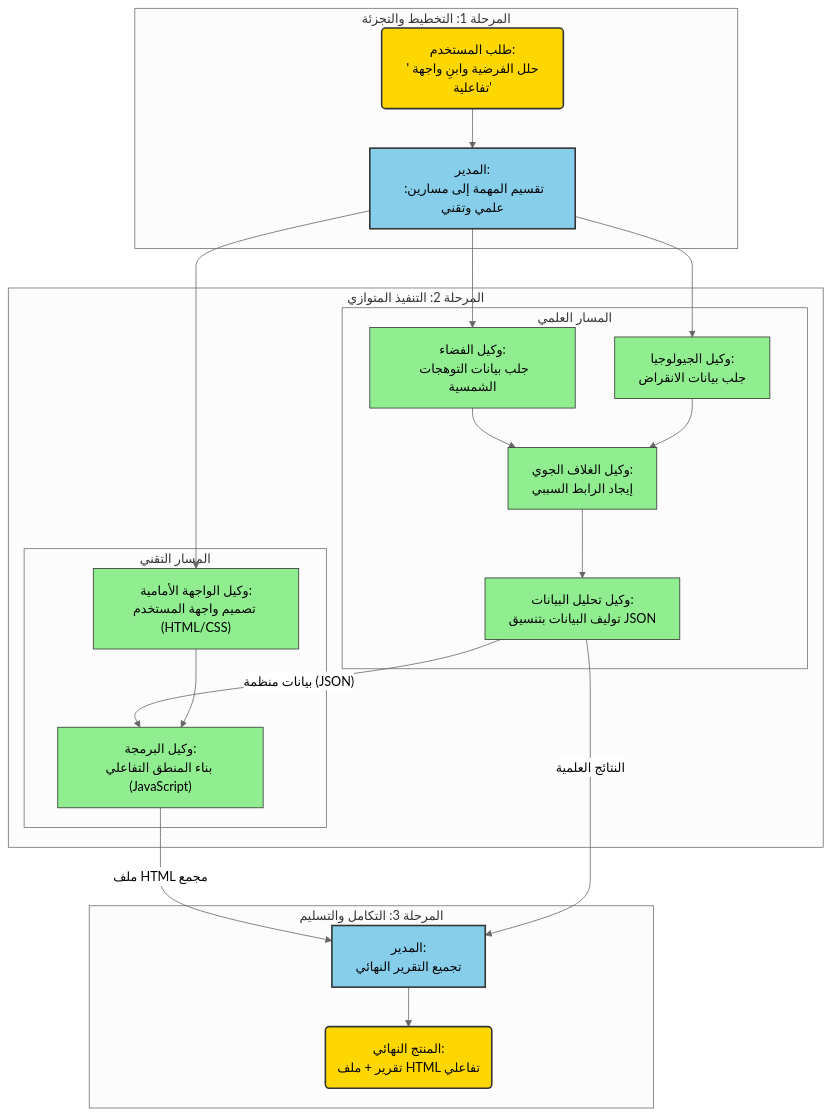
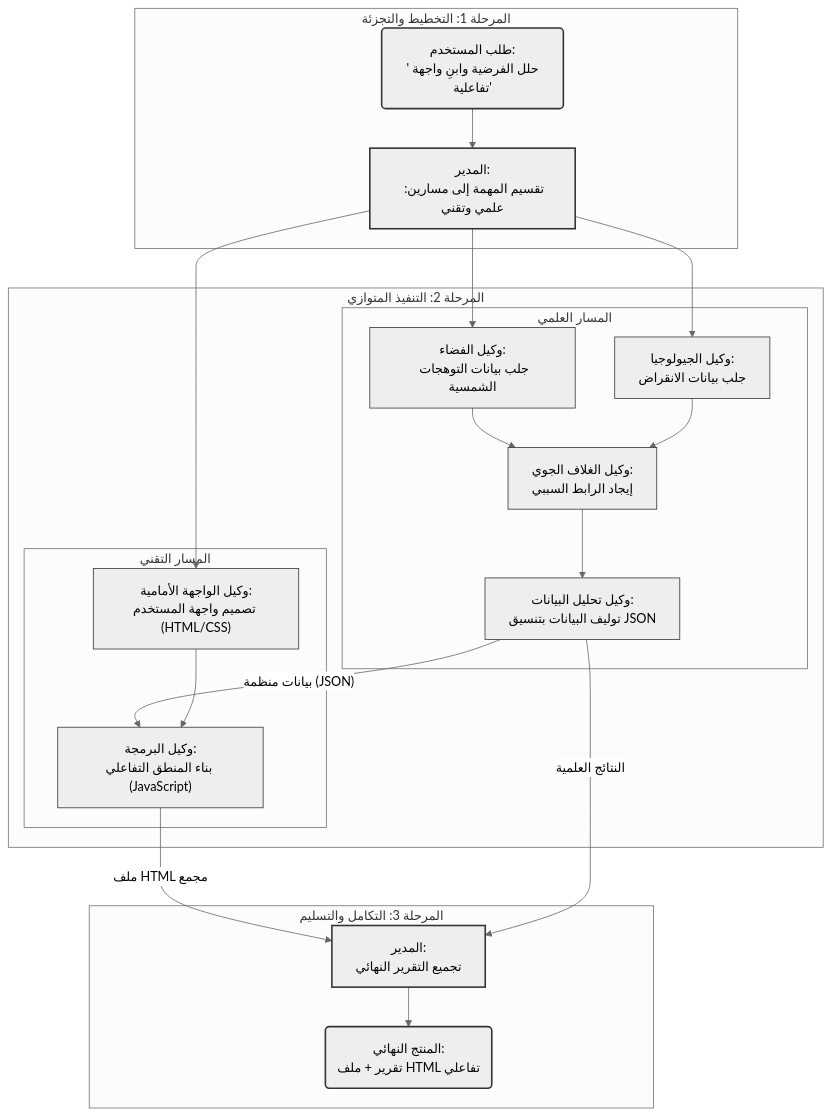
The fourth of 4 diagrams in MANUSCRIPT-AR.md (halmousama/OAC), drawn with Mermaid (neutral theme) before and after one commit. The commit also changed other lines of this file and 5 other files, not shown here.

Commit message:
Enhance the diagrams colors.

````diff
--- a/MANUSCRIPT-AR.md
+++ b/MANUSCRIPT-AR.md
@@ -326,48 +326,48 @@
 ```mermaid
 graph TD
     subgraph "المرحلة 1: التخطيط والتجزئة"
         Start("طلب المستخدم:<br/>'حلل الفرضية وابنِ واجهة تفاعلية'")
         M1["المدير:<br/>تقسيم المهمة إلى مسارين: علمي وتقني"]
     end
 
     subgraph "المرحلة 2: التنفيذ المتوازي"
         subgraph "المسار العلمي"
             SA1["وكيل الفضاء:<br/>جلب بيانات التوهجات الشمسية"]
             SA2["وكيل الجيولوجيا:<br/>جلب بيانات الانقراض"]
             SA3["وكيل الغلاف الجوي:<br/>إيجاد الرابط السببي"]
             SA4["وكيل تحليل البيانات:<br/>توليف البيانات بتنسيق JSON"]
         end
         subgraph "المسار التقني"
             TA1["وكيل الواجهة الأمامية:<br/>تصميم واجهة المستخدم (HTML/CSS)"]
             TA2["وكيل البرمجة:<br/>بناء المنطق التفاعلي (JavaScript)"]
         end
     end
 
     subgraph "المرحلة 3: التكامل والتسليم"
         M2["المدير:<br/>تجميع التقرير النهائي"]
         End("المنتج النهائي:<br/>تقرير + ملف HTML تفاعلي")
     end
 
     Start --> M1
     M1 --> SA1 & SA2
     SA1 & SA2 --> SA3
     SA3 --> SA4
     M1 --> TA1
     
     %% رابط التبعية: المسار التقني ينتظر البيانات من المسار العلمي
     SA4 -- "بيانات منظمة (JSON)" --> TA2
     
     TA1 --> TA2
     TA2 -- "ملف HTML مجمع" --> M2
     SA4 -- "النتائج العلمية" --> M2
     M2 --> End
 
-    classDef phase fill:#FFFACD,stroke:#333,stroke-width:2px;
-    classDef manager fill:#87CEEB,stroke:#333,stroke-width:2px;
-    classDef agent fill:#90EE90,stroke:#333,stroke-width:1px;
-    classDef final fill:#FFD700,stroke:#333,stroke-width:2px;
+    classDef phase stroke:#333,stroke-width:2px;
+    classDef manager stroke:#333,stroke-width:2px;
+    classDef agent stroke:#333,stroke-width:1px;
+    classDef final stroke:#333,stroke-width:2px;
 
     class Start,End final;
     class M1,M2 manager;
     class SA1,SA2,SA3,SA4,TA1,TA2 agent;
 ```
````
